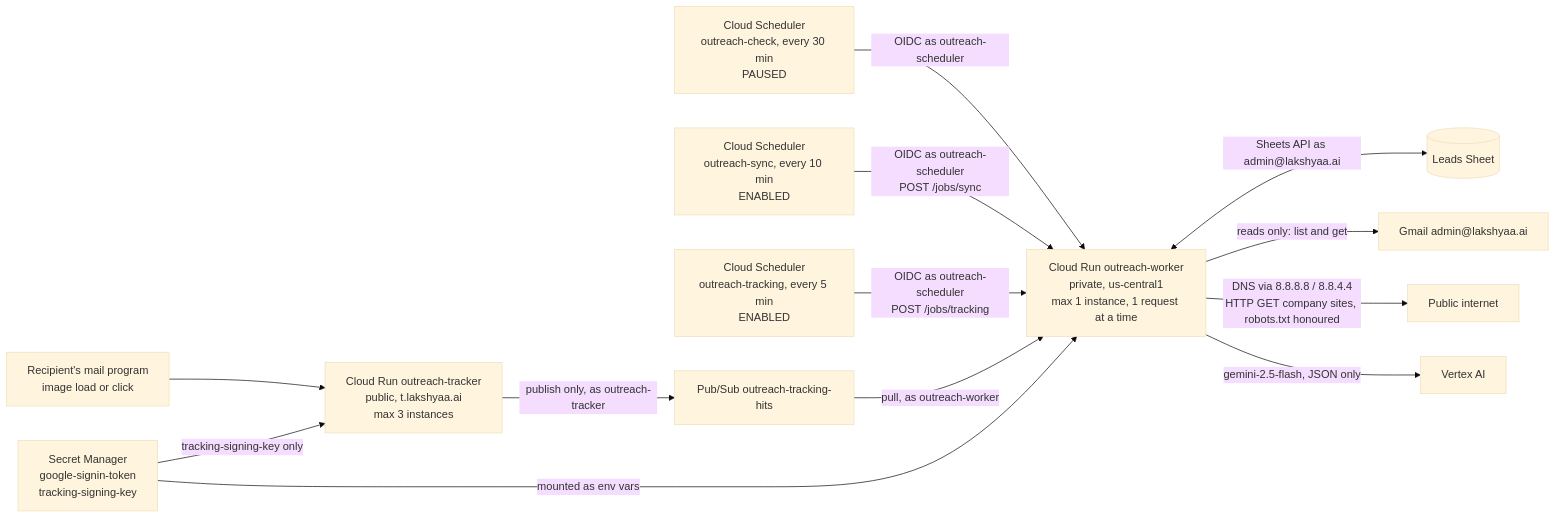
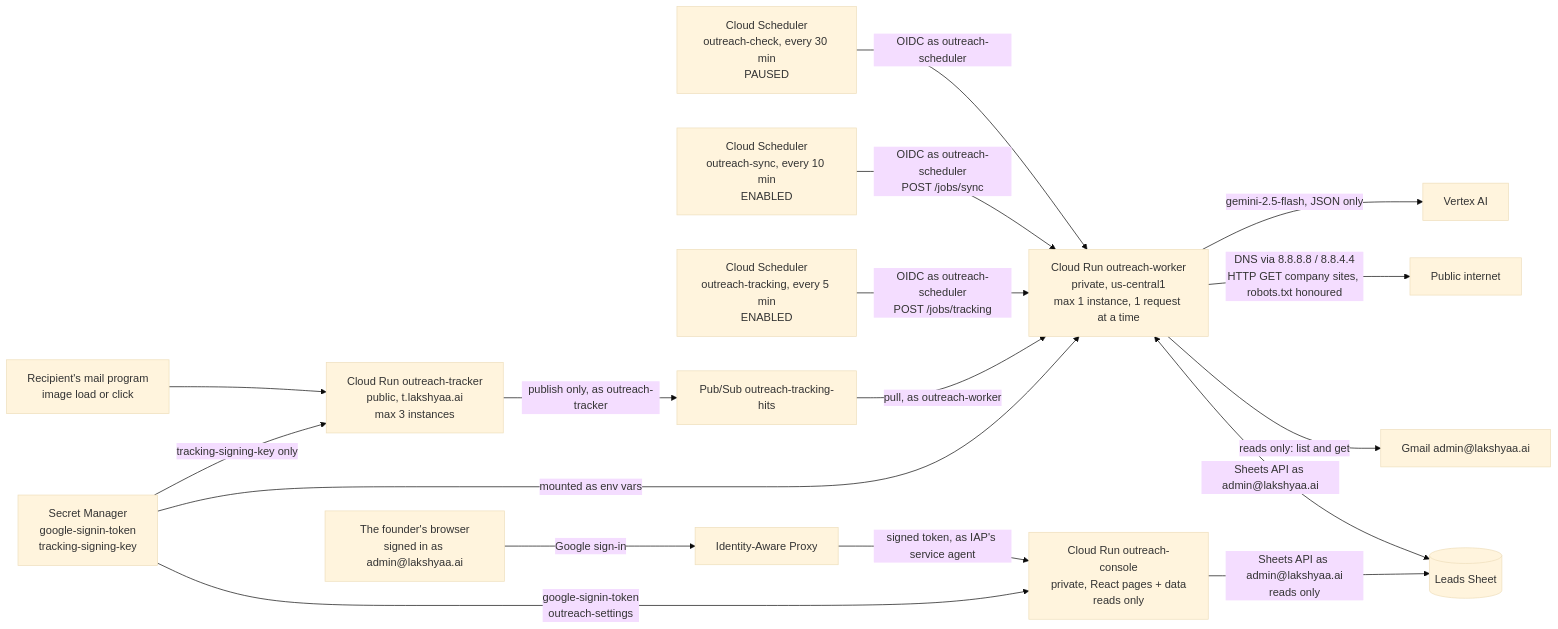
Before and after one commit to sivram04/groundtruth-outreach: the diagram in docs/AS_BUILT.md, drawn with Mermaid (base theme). The commit also changed other lines of this file and 7 other files, not shown here.

First line of the commit message:
Deploy the console behind Google's sign-in gate and record it

````diff
--- a/docs/AS_BUILT.md
+++ b/docs/AS_BUILT.md
@@ -28,15 +31,19 @@
 ```mermaid
 flowchart LR
   SCH[Cloud Scheduler<br/>outreach-check, every 30 min<br/>PAUSED] -->|OIDC as outreach-scheduler| W[Cloud Run outreach-worker<br/>private, us-central1<br/>max 1 instance, 1 request at a time]
   SYN[Cloud Scheduler<br/>outreach-sync, every 10 min<br/>ENABLED] -->|OIDC as outreach-scheduler<br/>POST /jobs/sync| W
   TRK[Cloud Scheduler<br/>outreach-tracking, every 5 min<br/>ENABLED] -->|OIDC as outreach-scheduler<br/>POST /jobs/tracking| W
   R[Recipient's mail program<br/>image load or click] --> T[Cloud Run outreach-tracker<br/>public, t.lakshyaa.ai<br/>max 3 instances]
   T -->|publish only, as outreach-tracker| Q[Pub/Sub outreach-tracking-hits]
   Q -->|pull, as outreach-worker| W
   SM[Secret Manager<br/>google-signin-token<br/>tracking-signing-key] -->|mounted as env vars| W
   SM -->|tracking-signing-key only| T
   W <-->|Sheets API as admin@lakshyaa.ai| S[(Leads Sheet)]
   W -->|reads only: list and get| G[Gmail admin@lakshyaa.ai]
   W -->|DNS via 8.8.8.8 / 8.8.4.4<br/>HTTP GET company sites, robots.txt honoured| NET[Public internet]
   W -->|gemini-2.5-flash, JSON only| V[Vertex AI]
+  F[The founder's browser<br/>signed in as admin@lakshyaa.ai] -->|Google sign-in| IAP[Identity-Aware Proxy]
+  IAP -->|signed token, as IAP's service agent| C[Cloud Run outreach-console<br/>private, React pages + data<br/>reads only]
+  SM -->|google-signin-token<br/>outreach-settings| C
+  C -->|Sheets API as admin@lakshyaa.ai<br/>reads only| S
 ```
````
